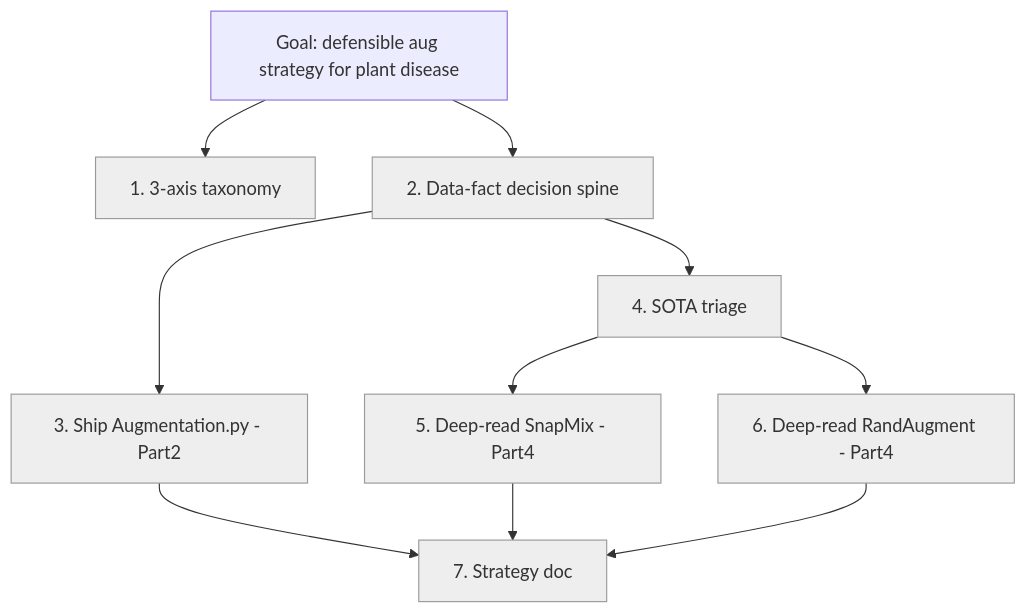
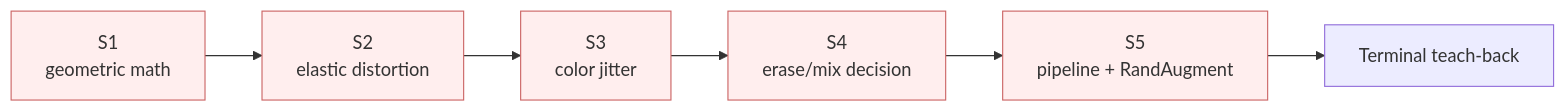
The diagram in docs/learning/leaffliction-augmentation.md (Recursive-Descenders/Leaffliction), drawn with Mermaid before and after one commit. The commit also changed other lines of this file, not shown here.

Commit message:
docs(augmentation): rewrite learning notes for augmentation strategy

````diff
--- a/docs/learning/leaffliction-augmentation.md
+++ b/docs/learning/leaffliction-augmentation.md
@@ -343,24 +160,14 @@
 ```mermaid
-graph TD
-  G[Goal: defensible aug strategy for plant disease]
-  G --> S1[1. 3-axis taxonomy]
-  G --> S2[2. Data-fact decision spine]
-  S2 --> S3[3. Ship Augmentation.py - Part2]
-  S2 --> S4[4. SOTA triage]
-  S4 --> S5[5. Deep-read SnapMix - Part4]
-  S4 --> S6[6. Deep-read RandAugment - Part4]
-  S3 --> S7[7. Strategy doc]
-  S5 --> S7
-  S6 --> S7
-  S1:::unknown
-  S2:::unknown
-  S3:::unknown
-  S4:::unknown
-  S5:::unknown
-  S6:::unknown
-  S7:::unknown
-  classDef unknown fill:#eee,stroke:#999;
-  classDef reading fill:#ffe9b3,stroke:#d9a300;
-  classDef implemented fill:#bfe3ff,stroke:#1f7ad6;
-  classDef explained fill:#bfead0,stroke:#1f9d57;
+flowchart LR
+  S1["S1<br/>geometric math"] --> S2["S2<br/>elastic distortion"]
+  S2 --> S3["S3<br/>color jitter"]
+  S3 --> S4["S4<br/>erase/mix decision"]
+  S4 --> S5["S5<br/>pipeline + RandAugment"]
+  S5 --> TB["Terminal teach-back"]
+
+  classDef unknown fill:#fee,stroke:#c66;
+  classDef reading fill:#ffd,stroke:#cc6;
+  classDef implemented fill:#dfd,stroke:#6c6;
+  classDef explained fill:#cfc,stroke:#393,stroke-width:2px;
+  class S1,S2,S3,S4,S5 unknown;
 ```
````
